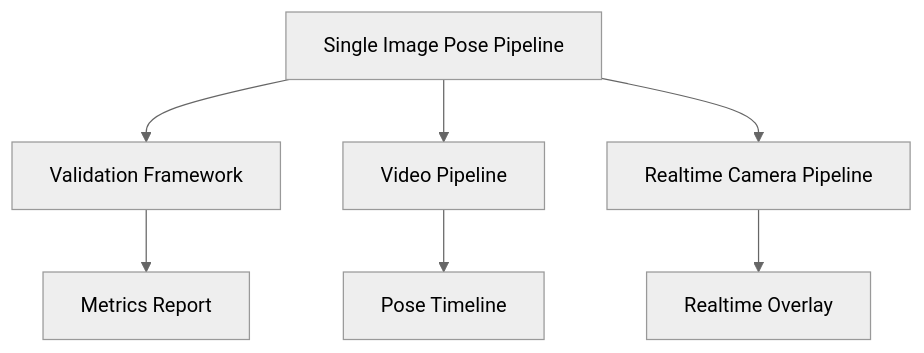
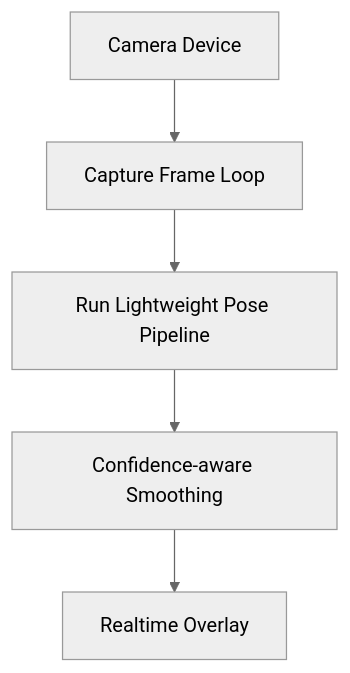
The third of 3 diagrams in breakdown/01_Geometry_Based_Pose/04_Implementation/stage_8_10_validation_video_realtime.md (Rt209/camera-angle), drawn with Mermaid (neutral theme) before and after one commit. The commit also changed other lines of this file and 8 other files, not shown here.

````diff
--- a/breakdown/01_Geometry_Based_Pose/04_Implementation/stage_8_10_validation_video_realtime.md
+++ b/breakdown/01_Geometry_Based_Pose/04_Implementation/stage_8_10_validation_video_realtime.md
@@ -487,10 +70,7 @@
 ```mermaid
 flowchart TD
-    A[Single Image Pose Pipeline] --> B[Validation Framework]
-    A --> C[Video Pipeline]
-    A --> D[Realtime Camera Pipeline]
-
-    B --> B1[Metrics Report]
-    C --> C1[Pose Timeline]
-    D --> D1[Realtime Overlay]
+    A[Camera Device] --> B[Capture Frame Loop]
+    B --> C[Run Lightweight Pose Pipeline]
+    C --> D[Confidence-aware Smoothing]
+    D --> E[Realtime Overlay]
 ```
````
